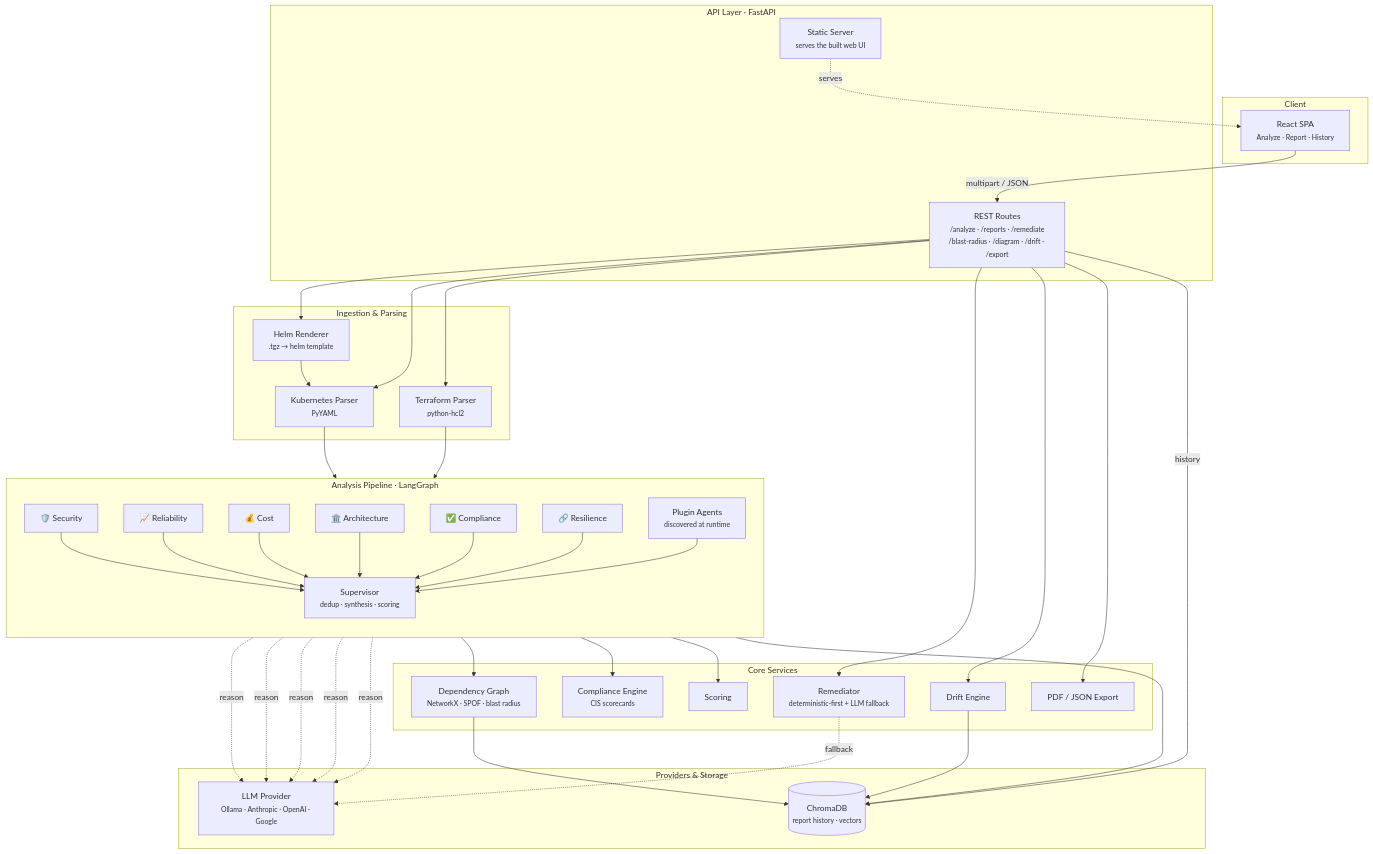
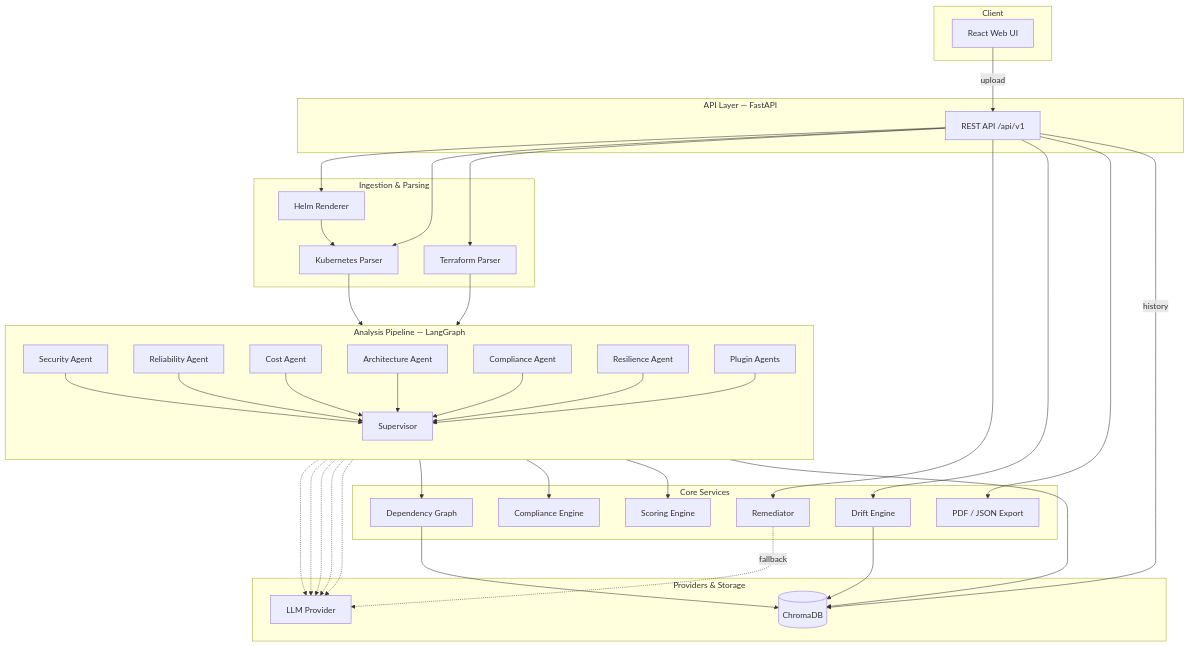
The diagram in README.md (bharathac5775/AI-Infrastructure-Governance-Architecture-Intelligence-Platform), drawn with Mermaid before and after one commit. The commit also changed other lines of this file, not shown here.

Commit message:
Fix architecture diagram: clean single-line labels, drop Static Server
The previous diagram used <small>/<br/> inside Mermaid nodes, which GitHub clips
(labels showed truncated: 'serves the built we', 'Analyze · Report · Hi', etc).
Rewrite every node label as a short single line so all text is fully visible;
remove the confusing 'Static Server' node (an implementation detail); move the
descriptive detail (parsers, LLM providers, SPOF/blast-radius, etc) into a
component table + step-by-step flow below the diagram. Validated with mermaid-cli.

````diff
--- a/README.md
+++ b/README.md
@@ -63,67 +63,76 @@
 ```mermaid
 flowchart TB
     subgraph client["Client"]
-        UI["React SPA<br/><small>Analyze · Report · History</small>"]
+        UI["React Web UI"]
     end
 
-    subgraph api["API Layer · FastAPI"]
-        RT["REST Routes<br/><small>/analyze · /reports · /remediate<br/>/blast-radius · /diagram · /drift · /export</small>"]
-        ST["Static Server<br/><small>serves the built web UI</small>"]
+    subgraph api["API Layer — FastAPI"]
+        RT["REST API /api/v1"]
     end
 
-    subgraph ingest["Ingestion & Parsing"]
-        HELM["Helm Renderer<br/><small>.tgz → helm template</small>"]
-        KP["Kubernetes Parser<br/><small>PyYAML</small>"]
-        TP["Terraform Parser<br/><small>python-hcl2</small>"]
+    subgraph ingest["Ingestion &amp; Parsing"]
+        HELM["Helm Renderer"]
+        KP["Kubernetes Parser"]
+        TP["Terraform Parser"]
     end
 
-    subgraph pipeline["Analysis Pipeline · LangGraph"]
+    subgraph pipeline["Analysis Pipeline — LangGraph"]
         direction TB
-        SEC["🛡️ Security"]
-        REL["📈 Reliability"]
-        COST["💰 Cost"]
-        ARCH["🏛️ Architecture"]
-        COMP["✅ Compliance"]
-        RES["🔗 Resilience"]
-        PLG["Plugin Agents<br/><small>discovered at runtime</small>"]
-        SUP["Supervisor<br/><small>dedup · synthesis · scoring</small>"]
+        SEC["Security Agent"]
+        REL["Reliability Agent"]
+        COST["Cost Agent"]
+        ARCH["Architecture Agent"]
+        COMP["Compliance Agent"]
+        RES["Resilience Agent"]
+        PLG["Plugin Agents"]
+        SUP["Supervisor"]
         SEC --> SUP
         REL --> SUP
         COST --> SUP
         ARCH --> SUP
         COMP --> SUP
         RES --> SUP
         PLG --> SUP
     end
 
     subgraph core["Core Services"]
-        GRAPH["Dependency Graph<br/><small>NetworkX · SPOF · blast radius</small>"]
-        CMPL["Compliance Engine<br/><small>CIS scorecards</small>"]
+        GRAPH["Dependency Graph"]
+        CMPL["Compliance Engine"]
         DRIFT["Drift Engine"]
-        SCORE["Scoring"]
-        REM["Remediator<br/><small>deterministic-first + LLM fallback</small>"]
-        PDF["PDF / JSON Export"]
+        SCORE["Scoring Engine"]
+        REM["Remediator"]
+        EXPORT["PDF / JSON Export"]
     end
 
-    subgraph ext["Providers & Storage"]
-        LLM["LLM Provider<br/><small>Ollama · Anthropic · OpenAI · Google</small>"]
-        DB[("ChromaDB<br/><small>report history · vectors</small>")]
+    subgraph ext["Providers &amp; Storage"]
+        LLM["LLM Provider"]
+        DB[("ChromaDB")]
     end
 
-    UI -->|multipart / JSON| RT
-    ST -.serves.-> UI
-    RT --> HELM & KP & TP
+    UI -->|upload| RT
+    RT --> HELM
+    RT --> KP
+    RT --> TP
     HELM --> KP
     KP --> pipeline
     TP --> pipeline
-    SEC & REL & COST & ARCH & COMP -.->|reason| LLM
-    SUP --> GRAPH & CMPL & SCORE
+
+    SEC -.-> LLM
+    REL -.-> LLM
+    COST -.-> LLM
+    ARCH -.-> LLM
+    COMP -.-> LLM
+
+    SUP --> GRAPH
+    SUP --> CMPL
+    SUP --> SCORE
     SUP --> DB
+
     RT --> REM
     RT --> DRIFT
-    RT --> PDF
+    RT --> EXPORT
     REM -.->|fallback| LLM
     DRIFT --> DB
     GRAPH --> DB
     RT -->|history| DB
 ```
````
